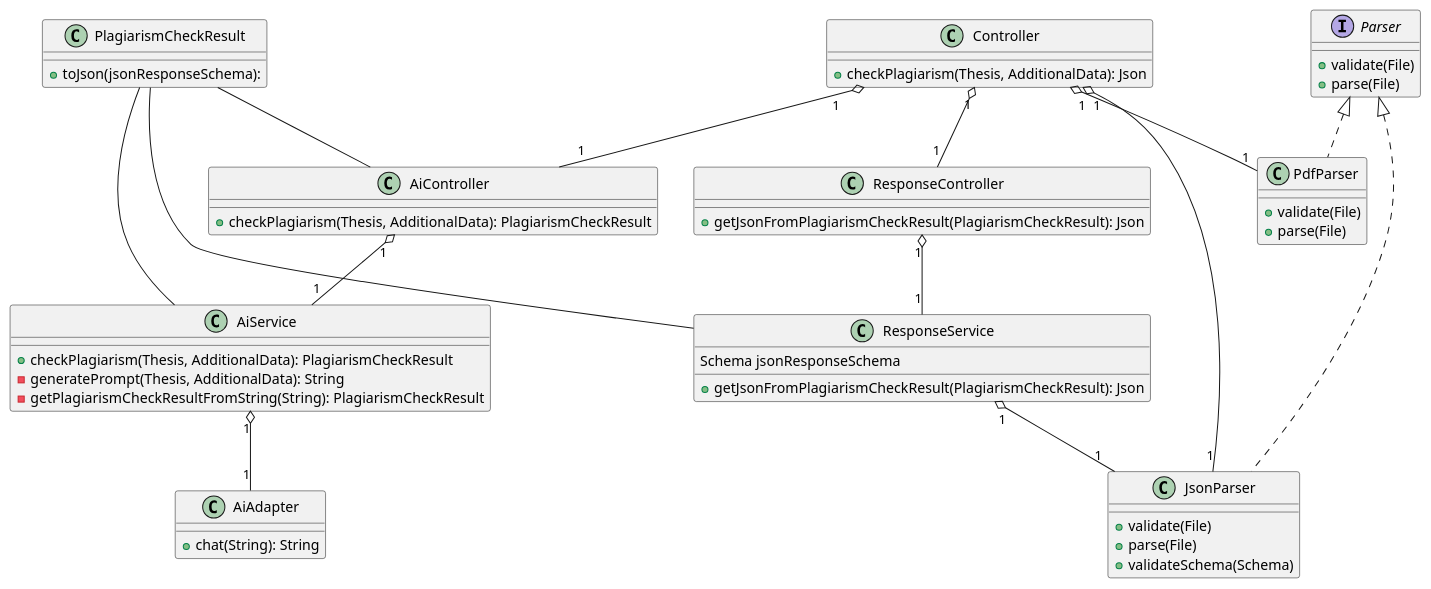
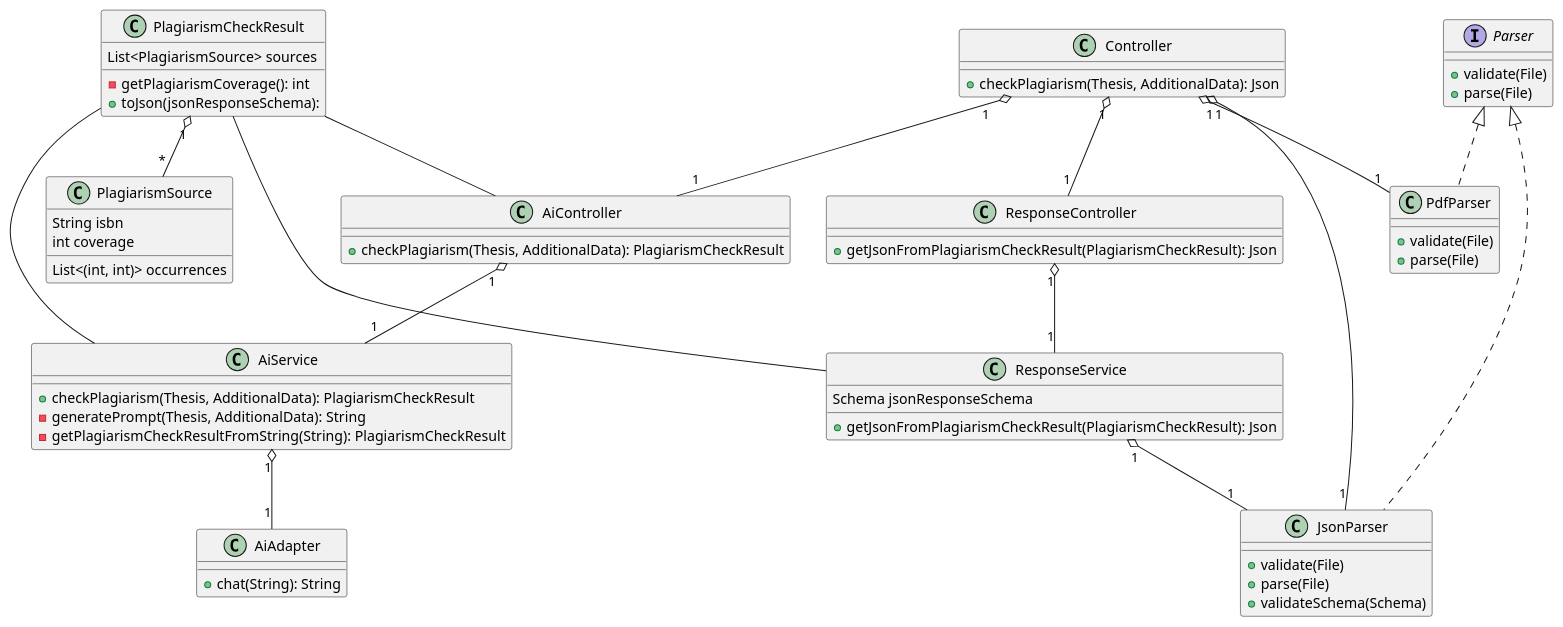
One commit to DHBW-FN/ti21-sweng2 changed the diagram in diagrams/classes.puml. Above: the diagram before and after it, drawn with PlantUML. The commit also changed 8 other files, not shown here.

Commit message:
feat(diagrams): Add more diagrams

```diff
--- a/diagrams/classes.puml
+++ b/diagrams/classes.puml
@@ -1,61 +1,71 @@
 @startuml Klassendiagramm
 class PlagiarismCheckResult {
+    List<PlagiarismSource> sources
+    -getPlagiarismCoverage(): int
     +toJson(jsonResponseSchema):
+}
+
+class PlagiarismSource {
+    String isbn
+    List<(int, int)> occurrences
+    int coverage
 }
 
 interface Parser {
     +validate(File)
     +parse(File)
 }
 
 class PdfParser implements Parser {
     +validate(File)
     +parse(File)
 }
 
 class JsonParser implements Parser {
     +validate(File)
     +parse(File)
     +validateSchema(Schema)
 }
 
 class Controller {
     +checkPlagiarism(Thesis, AdditionalData): Json
 }
 
 class AiController {
     +checkPlagiarism(Thesis, AdditionalData): PlagiarismCheckResult
 }
 
 class AiService {
     +checkPlagiarism(Thesis, AdditionalData): PlagiarismCheckResult
     -generatePrompt(Thesis, AdditionalData): String
     -getPlagiarismCheckResultFromString(String): PlagiarismCheckResult
 }
 
 class AiAdapter {
     +chat(String): String
 }
 
 class ResponseController {
     +getJsonFromPlagiarismCheckResult(PlagiarismCheckResult): Json
 }
 
 class ResponseService {
     Schema jsonResponseSchema
     +getJsonFromPlagiarismCheckResult(PlagiarismCheckResult): Json
 }
 
 Controller "1" o-- "1" PdfParser
 Controller "1" o-- "1" JsonParser
 Controller "1" o-- "1" AiController
 AiController "1" o-- "1" AiService
 AiService "1" o-- "1" AiAdapter
 Controller "1" o-- "1" ResponseController
 ResponseController "1" o-- "1" ResponseService
 ResponseService "1" o-- "1" JsonParser
 
 PlagiarismCheckResult -- AiController
 PlagiarismCheckResult -- AiService
 PlagiarismCheckResult -- ResponseService
+
+PlagiarismCheckResult "1" o-- "*" PlagiarismSource
 @enduml
```
